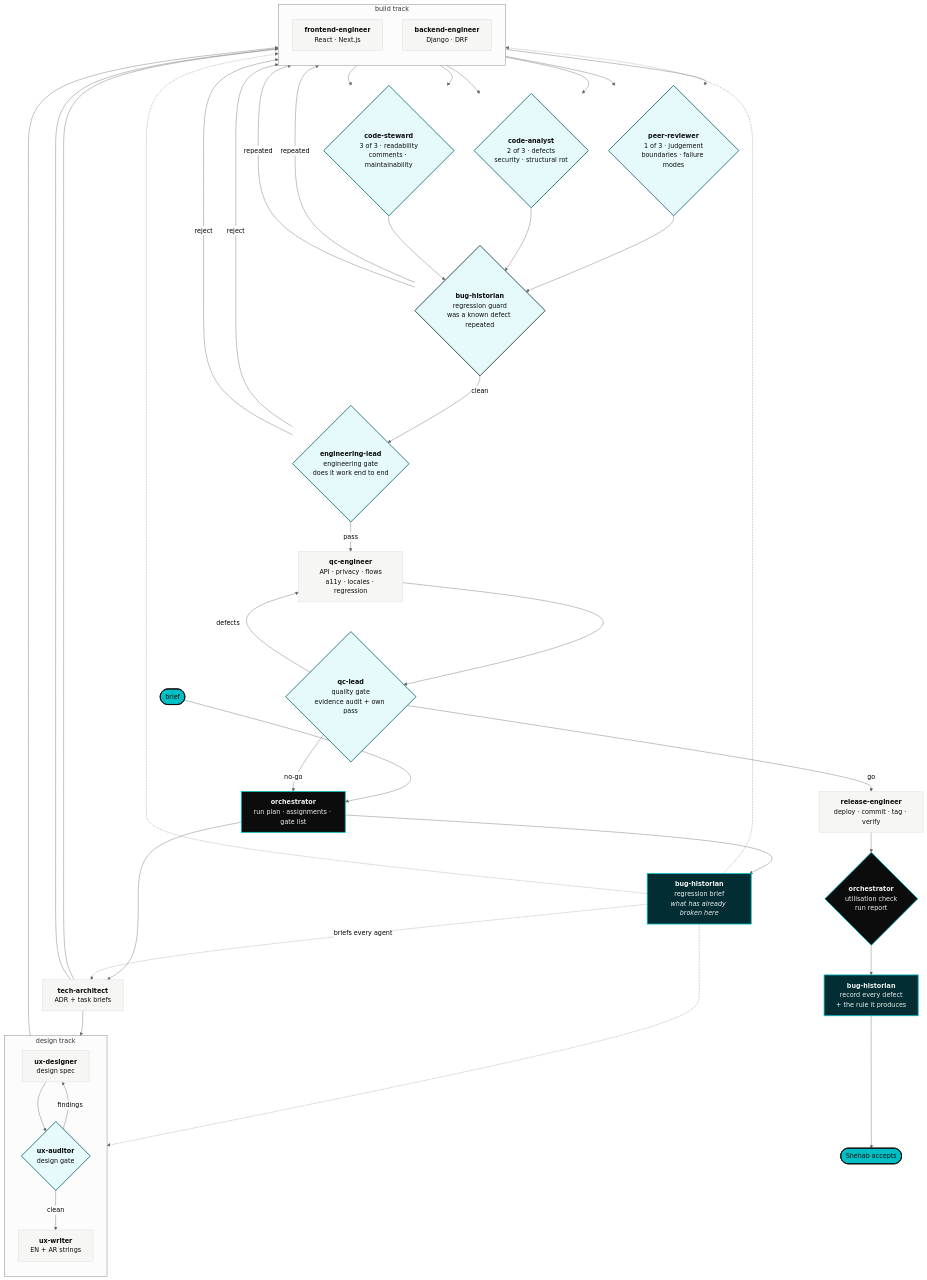
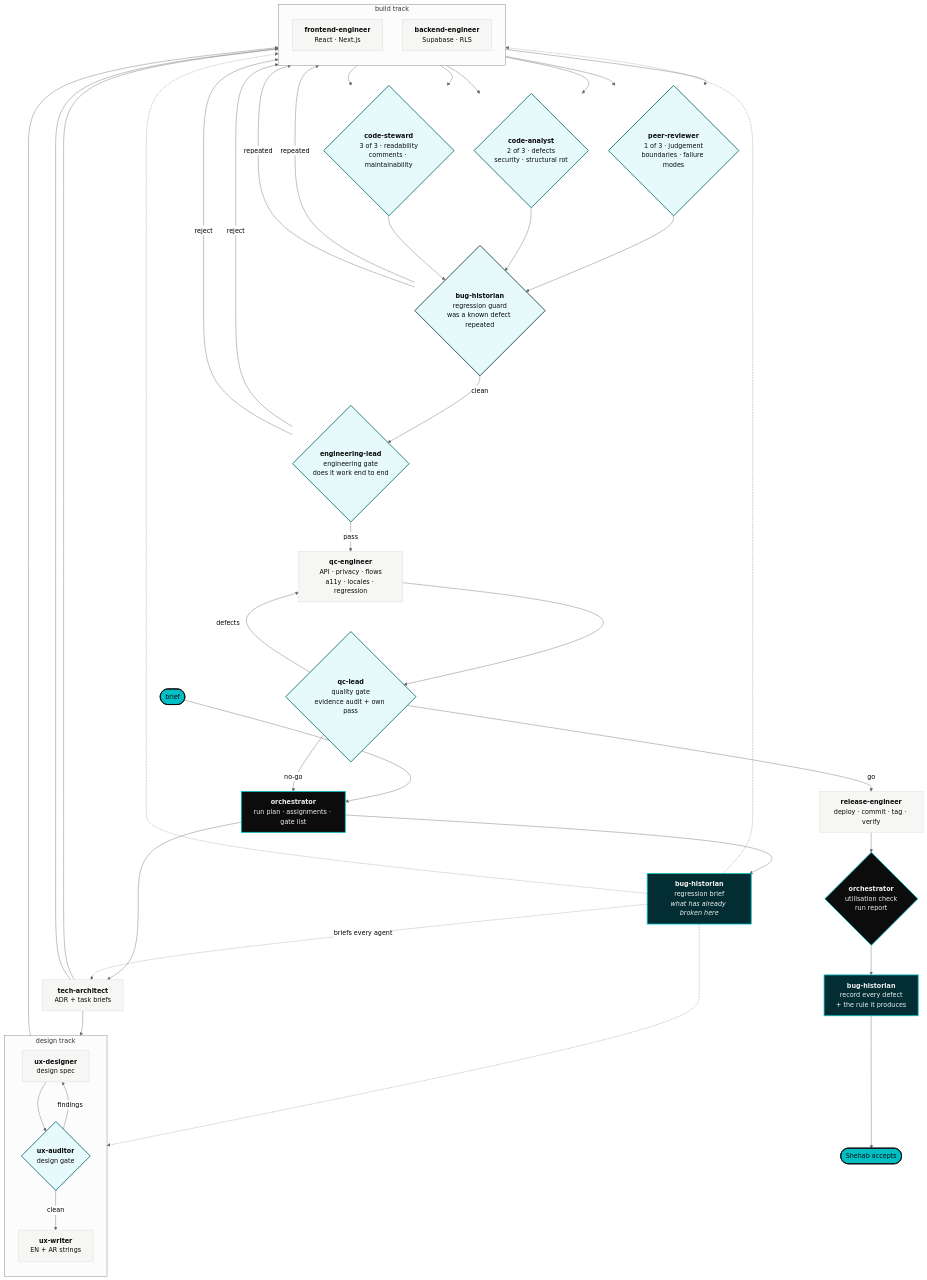
The first of 3 diagrams in docs/WORKFLOW.md (Shehabov/actio), drawn with Mermaid (neutral theme) before and after one commit. The commit also changed 78 other files, not shown here.

```diff
--- a/docs/WORKFLOW.md
+++ b/docs/WORKFLOW.md
@@ -42,7 +42,7 @@
   subgraph BUILD ["build track"]
     direction TB
     FE["<b>frontend-engineer</b><br/>React · Next.js"]:::make
-    BE["<b>backend-engineer</b><br/>Django · DRF"]:::make
+    BE["<b>backend-engineer</b><br/>Supabase · RLS"]:::make
   end
 
   UXW --> FE
```
